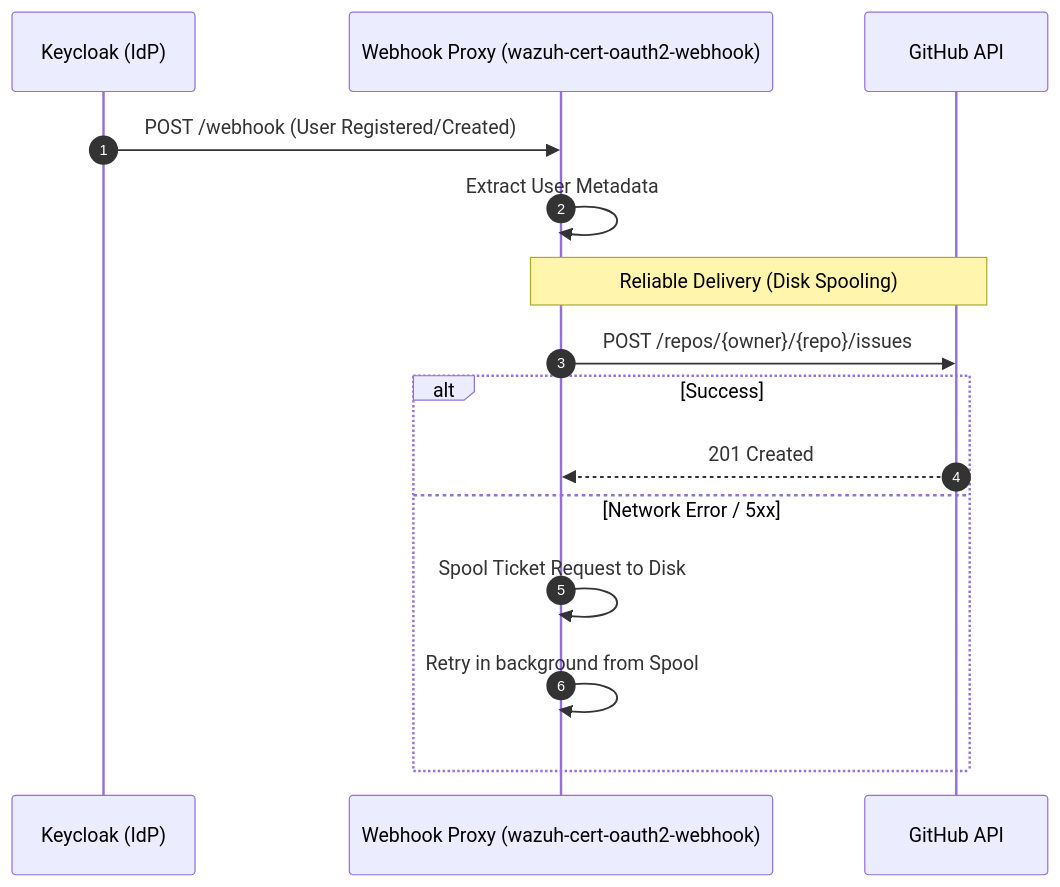
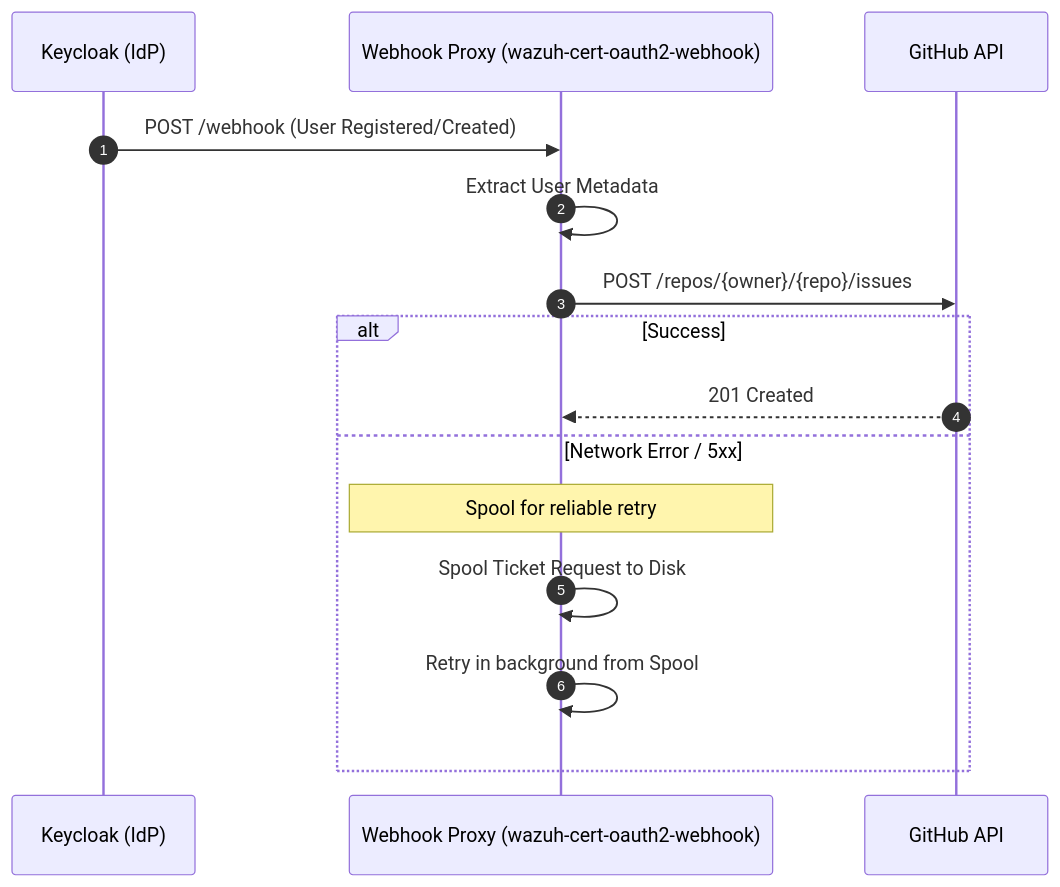
Before and after one commit to ADORSYS-GIS/wazuh-cert-oauth2: the third of 4 diagrams in docs/architecture.md, drawn with Mermaid. The commit also changed other lines of this file and 9 other files, not shown here.

````diff
--- a/docs/architecture.md
+++ b/docs/architecture.md
@@ -116,22 +98,21 @@
 ```mermaid
 sequenceDiagram
     autonumber
 
     participant Keycloak as Keycloak (IdP)
     participant Webhook as Webhook Proxy (wazuh-cert-oauth2-webhook)
     participant GitHub as GitHub API
 
     Keycloak->>Webhook: POST /webhook (User Registered/Created)
     Webhook->>Webhook: Extract User Metadata
-    
-    Note over Webhook,GitHub: Reliable Delivery (Disk Spooling)
 
     Webhook->>GitHub: POST /repos/{owner}/{repo}/issues
     
     alt Success
         GitHub-->>Webhook: 201 Created
     else Network Error / 5xx
+        Note over Webhook: Spool for reliable retry
         Webhook->>Webhook: Spool Ticket Request to Disk
         Webhook->>Webhook: Retry in background from Spool
     end
 ```
````
